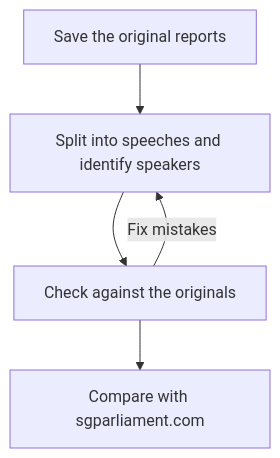
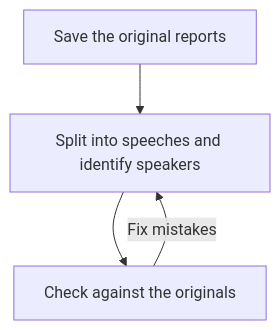
Before and after one commit to roycehoe/hansard-scraper: the first of 3 diagrams in README.md, drawn with Mermaid. The commit also changed other lines of this file, not shown here.

Commit message:
docs: move the sgparliament.com comparison into its own section

````diff
--- a/README.md
+++ b/README.md
@@ -36,7 +34,6 @@
 ```mermaid
 flowchart TD
   store["Save the original reports"] --> extract["Split into speeches and identify speakers"]
   extract --> check["Check against the originals"]
   check -->|"Fix mistakes"| extract
-  check --> compare["Compare with sgparliament.com"]
 ```
````
